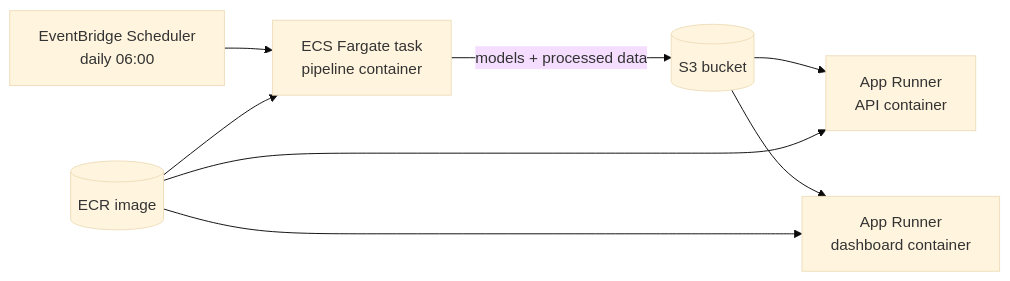
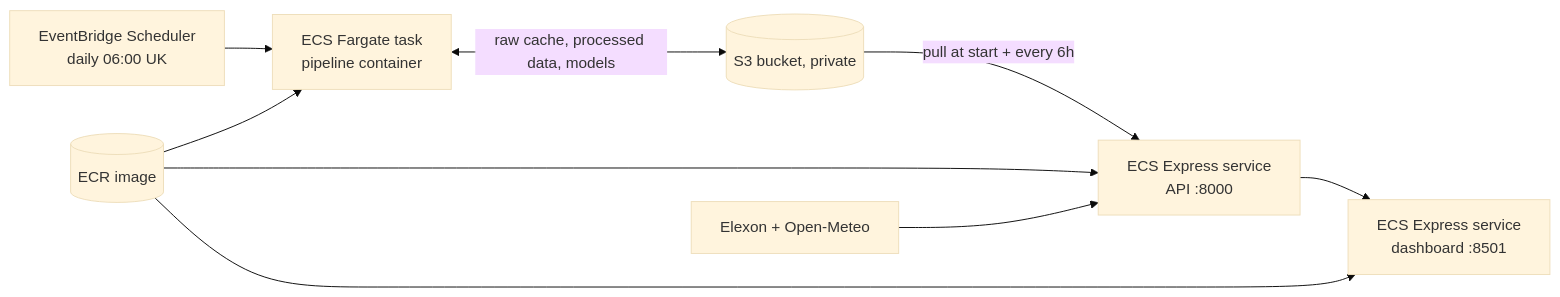
Before and after one commit to Ham12-3/electric-measure: the second of 2 diagrams in README.md, drawn with Mermaid (base theme). The commit also changed other lines of this file and 9 other files, not shown here.

First line of the commit message:
Docker tested end to end; AWS deploy via ECS Express Mode

````diff
--- a/README.md
+++ b/README.md
@@ -345,8 +351,9 @@
 ```mermaid
 flowchart LR
-    EB[EventBridge Scheduler<br/>daily 06:00] --> ECS[ECS Fargate task<br/>pipeline container]
-    ECS -->|models + processed data| S3[(S3 bucket)]
-    S3 --> AR[App Runner<br/>API container]
-    S3 --> AR2[App Runner<br/>dashboard container]
-    ECR[(ECR image)] --> ECS & AR & AR2
+    EB[EventBridge Scheduler<br/>daily 06:00 UK] --> PT[ECS Fargate task<br/>pipeline container]
+    PT <-->|raw cache, processed data, models| S3[(S3 bucket, private)]
+    S3 -->|pull at start + every 6h| API[ECS Express service<br/>API :8000]
+    API --> DASH[ECS Express service<br/>dashboard :8501]
+    ECR[(ECR image)] --> PT & API & DASH
+    ELX[Elexon + Open-Meteo] --> API
 ```
````
